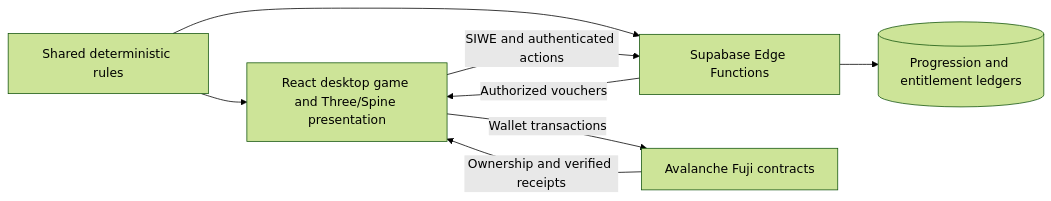
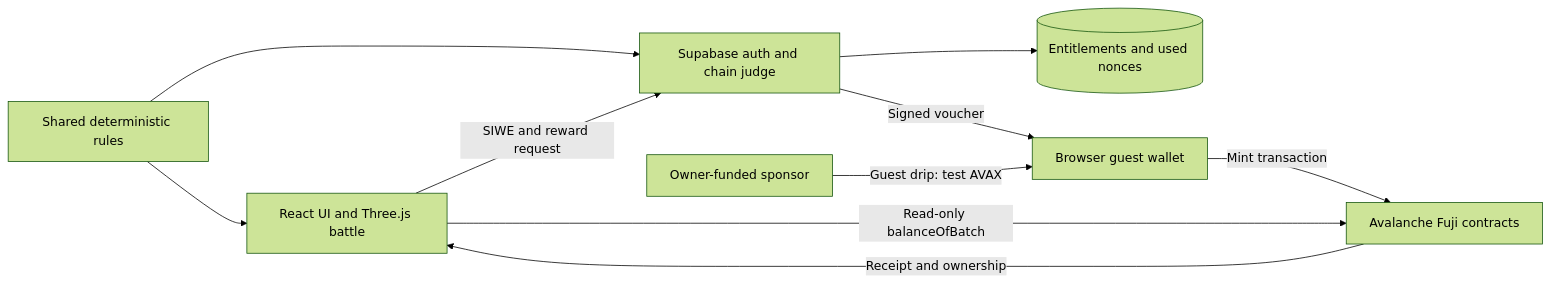
One commit to ntbaoheyhey/lantern-cat-cafe changed the diagram in README.md. Above: the diagram before and after it, drawn with Mermaid (forest theme). The commit also changed other lines of this file, not shown here.

Commit message:
docs(v9): draft release README with verified Fuji deployments

````diff
--- a/README.md
+++ b/README.md
@@ -54,10 +67,12 @@
 ```mermaid
 flowchart LR
-  Rules[Shared deterministic rules] --> UI[React desktop game and Three/Spine presentation]
-  Rules --> API[Supabase Edge Functions]
-  UI -->|SIWE and authenticated actions| API
-  API --> DB[(Progression and entitlement ledgers)]
-  API -->|Authorized vouchers| UI
-  UI -->|Wallet transactions| Fuji[Avalanche Fuji contracts]
-  Fuji -->|Ownership and verified receipts| UI
+  Rules[Shared deterministic rules] --> UI[React UI and Three.js battle]
+  Rules --> API[Supabase auth and chain judge]
+  UI -->|SIWE and reward request| API
+  API --> Ledger[(Entitlements and used nonces)]
+  API -->|Signed voucher| Wallet[Browser guest wallet]
+  Sponsor[Owner-funded sponsor] -->|Guest drip: test AVAX| Wallet
+  Wallet -->|Mint transaction| Fuji[Avalanche Fuji contracts]
+  UI -->|Read-only balanceOfBatch| Fuji
+  Fuji -->|Receipt and ownership| UI
 ```
````
